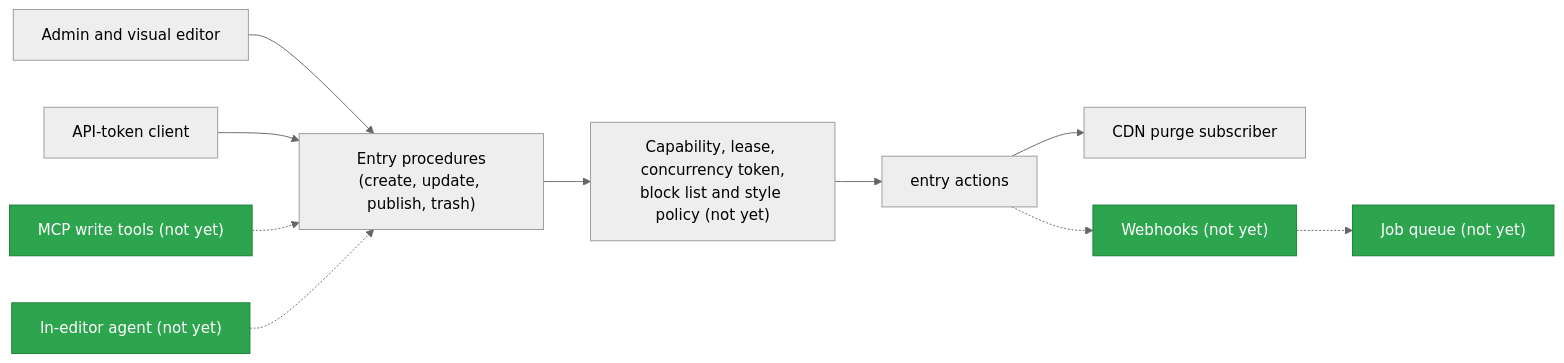
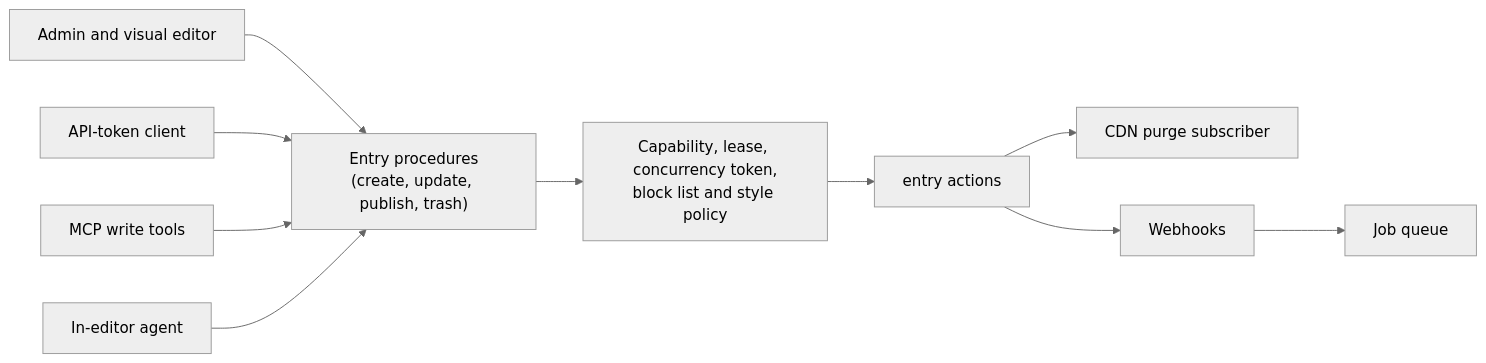
Before and after one commit to withplumix/plumix: the second of 2 diagrams in docs/architecture/rpc-and-editing.md, drawn with Mermaid (neutral theme). The commit also changed other lines of this file and 23 other files, not shown here.

````diff
--- a/docs/architecture/rpc-and-editing.md
+++ b/docs/architecture/rpc-and-editing.md
@@ -30,15 +30,12 @@
 ```mermaid
 flowchart LR
   admin["Admin and visual editor"] --> procs["Entry procedures<br/>(create, update, publish, trash)"]
   token["API-token client"] --> procs
-  mcp["MCP write tools (not yet)"] -.-> procs
-  assistant["In-editor agent (not yet)"] -.-> procs
-  procs --> checks["Capability, lease, concurrency token,<br/>block list and style policy (not yet)"]
+  mcp["MCP write tools"] --> procs
+  assistant["In-editor agent"] --> procs
+  procs --> checks["Capability, lease, concurrency token,<br/>block list and style policy"]
   checks --> actions["entry actions"]
   actions --> purge["CDN purge subscriber"]
-  actions -.-> hooks["Webhooks (not yet)"]
-  hooks -.-> queue["Job queue (not yet)"]
-
-  classDef goal fill:#2da44e,stroke:#1a7f37,color:#fff
-  class mcp,assistant,hooks,queue goal
+  actions --> hooks["Webhooks"]
+  hooks --> queue["Job queue"]
 ```
````
